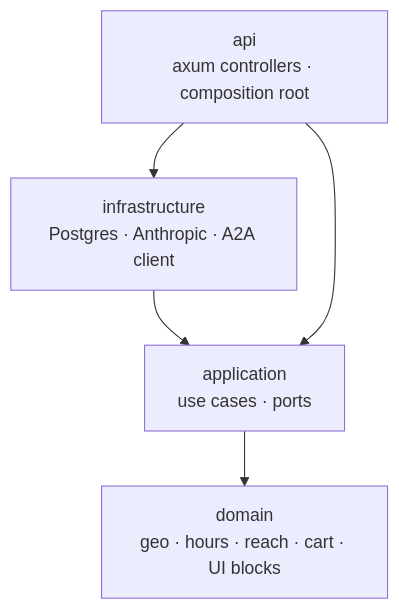
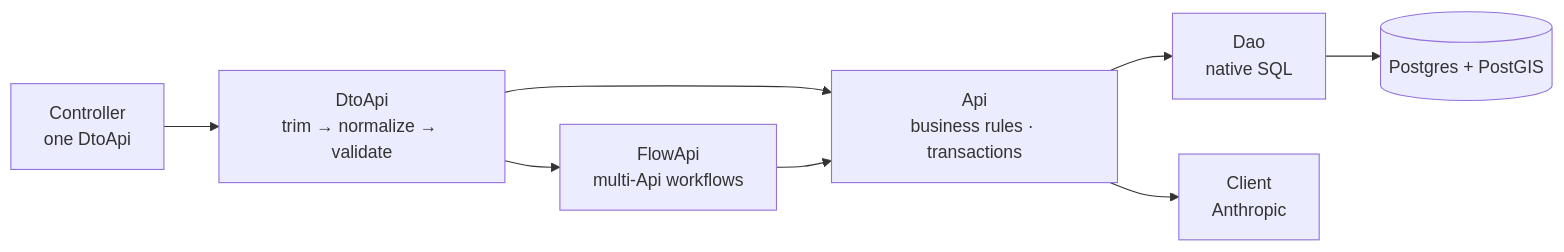
Before and after one commit to WalleLabs/.github: the third of 3 diagrams in profile/README.md, drawn with Mermaid. The commit also changed other lines of this file, not shown here.

````diff
--- a/profile/README.md
+++ b/profile/README.md
@@ -68,7 +70,10 @@
 ```mermaid
-flowchart TB
-    api["api<br/>axum controllers · composition root"] --> infra["infrastructure<br/>Postgres · Anthropic · A2A client"]
-    infra --> app["application<br/>use cases · ports"]
-    app --> domain["domain<br/>geo · hours · reach · cart · UI blocks"]
-    api --> app
+flowchart LR
+    C["Controller<br/>one DtoApi"] --> D["DtoApi<br/>trim → normalize → validate"]
+    D --> F["FlowApi<br/>multi-Api workflows"]
+    D --> A["Api<br/>business rules · transactions"]
+    F --> A
+    A --> DAO["Dao<br/>native SQL"]
+    A --> L["Client<br/>Anthropic"]
+    DAO --> DB[("Postgres + PostGIS")]
 ```
````
